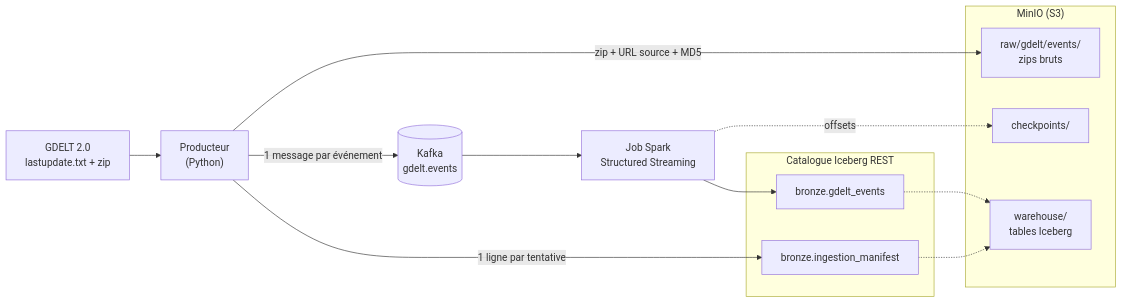
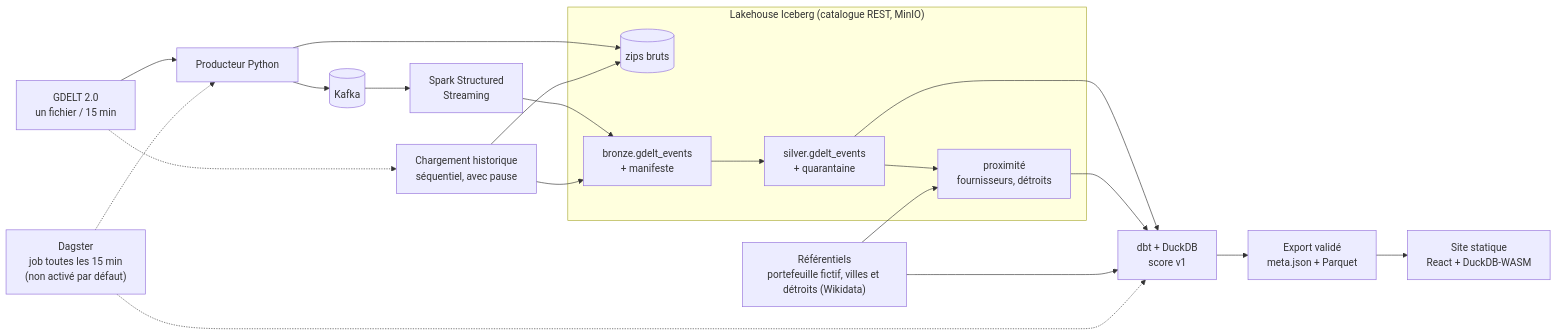
Before and after one commit to hamzaelchen/supply-chain-risk-radar: the diagram in README.md, drawn with Mermaid. The commit also changed other lines of this file, not shown here.

Commit message:
README final : problème, architecture, chiffres réels, cas Ormuz, décisions, limites, lancement

````diff
--- a/README.md
+++ b/README.md
@@ -28,28 +44,34 @@
 ```mermaid
 flowchart LR
-    GDELT["GDELT 2.0<br/>lastupdate.txt + zip"]
-    PROD["Producteur<br/>(Python)"]
-    KAFKA[("Kafka<br/>gdelt.events")]
-    JOB["Job Spark<br/>Structured Streaming"]
+    GDELT["GDELT 2.0<br/>un fichier / 15 min"]
+    PROD["Producteur Python"]
+    KAFKA[("Kafka")]
+    STREAM["Spark Structured<br/>Streaming"]
+    BACK["Chargement historique<br/>séquentiel, avec pause"]
 
-    subgraph MINIO["MinIO (S3)"]
-        RAW["raw/gdelt/events/<br/>zips bruts"]
-        CKPT["checkpoints/"]
-        WH["warehouse/<br/>tables Iceberg"]
+    subgraph LAKE["Lakehouse Iceberg (catalogue REST, MinIO)"]
+        RAW[("zips bruts")]
+        BRONZE["bronze.gdelt_events<br/>+ manifeste"]
+        SILVER["silver.gdelt_events<br/>+ quarantaine"]
+        PROX["proximité<br/>fournisseurs, détroits"]
     end
 
-    subgraph ICEBERG["Catalogue Iceberg REST"]
-        MANIFEST["bronze.ingestion_manifest"]
-        BRONZE["bronze.gdelt_events"]
-    end
+    REF["Référentiels<br/>portefeuille fictif, villes et détroits (Wikidata)"]
+    DBT["dbt + DuckDB<br/>score v1"]
+    EXPORT["Export validé<br/>meta.json + Parquet"]
+    SITE["Site statique<br/>React + DuckDB-WASM"]
+    DAG["Dagster<br/>job toutes les 15 min<br/>(non activé par défaut)"]
 
-    GDELT --> PROD
-    PROD -- "zip + URL source + MD5" --> RAW
-    PROD -- "1 message par événement" --> KAFKA
-    PROD -- "1 ligne par tentative" --> MANIFEST
-    KAFKA --> JOB
-    JOB --> BRONZE
-    JOB -. "offsets" .-> CKPT
-    MANIFEST -.-> WH
-    BRONZE -.-> WH
+    GDELT --> PROD --> KAFKA --> STREAM --> BRONZE
+    PROD --> RAW
+    GDELT -.-> BACK --> BRONZE
+    BACK --> RAW
+    BRONZE --> SILVER --> PROX
+    REF --> PROX
+    SILVER --> DBT
+    PROX --> DBT
+    REF --> DBT
+    DBT --> EXPORT --> SITE
+    DAG -.-> PROD
+    DAG -.-> DBT
 ```
````
